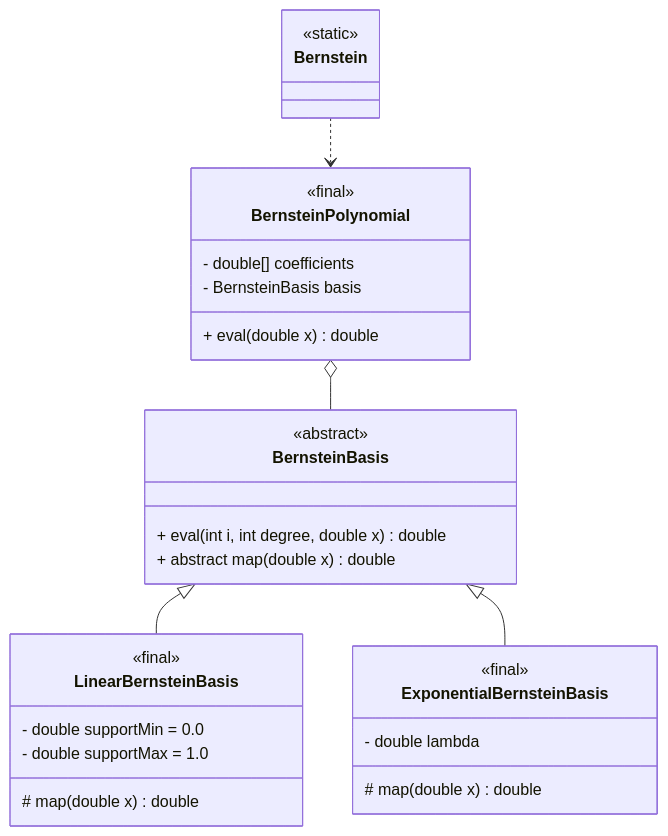
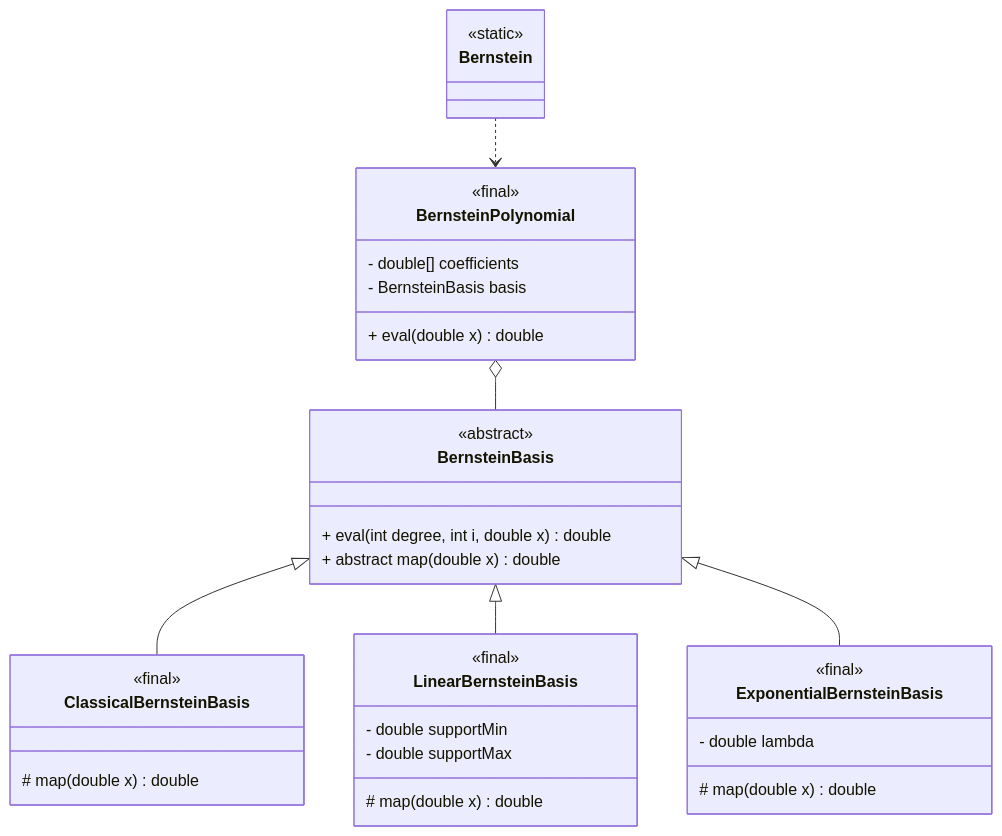
Before and after one commit to edoardosarri24/probabilistic-soft-real-time-analysis: the diagram in report/images/2-bernstein/class_diagram.mmd, drawn with Mermaid. The commit also changed 6 other files, not shown here.

```diff
--- a/report/images/2-bernstein/class_diagram.mmd
+++ b/report/images/2-bernstein/class_diagram.mmd
@@ -1,39 +1,45 @@
 
 classDiagram
 
     class Bernstein {
         <<static>>
     }
 
     %% Domain classes
     class BernsteinPolynomial {
         <<final>>
         - double[] coefficients
         - BernsteinBasis basis
         + eval(double x) double
     }
 
     class BernsteinBasis {
         <<abstract>>
-        + eval(int i, int degree, double x) double
+        + eval(int degree, int i, double x) double
         + abstract map(double x) double
+    }
+
+    class ClassicalBernsteinBasis {
+        <<final>>
+        # map(double x) double
     }
 
     class LinearBernsteinBasis {
         <<final>>
-        - double supportMin = 0.0
-        - double supportMax = 1.0
+        - double supportMin
+        - double supportMax
         # map(double x) double
     }
 
     class ExponentialBernsteinBasis {
         <<final>>
         - double lambda
         # map(double x) double
     }
 
     %% Relations
     BernsteinPolynomial o-- BernsteinBasis
+    BernsteinBasis <|-- ClassicalBernsteinBasis
     BernsteinBasis <|-- LinearBernsteinBasis
     BernsteinBasis <|-- ExponentialBernsteinBasis
     Bernstein ..> BernsteinPolynomial
```
